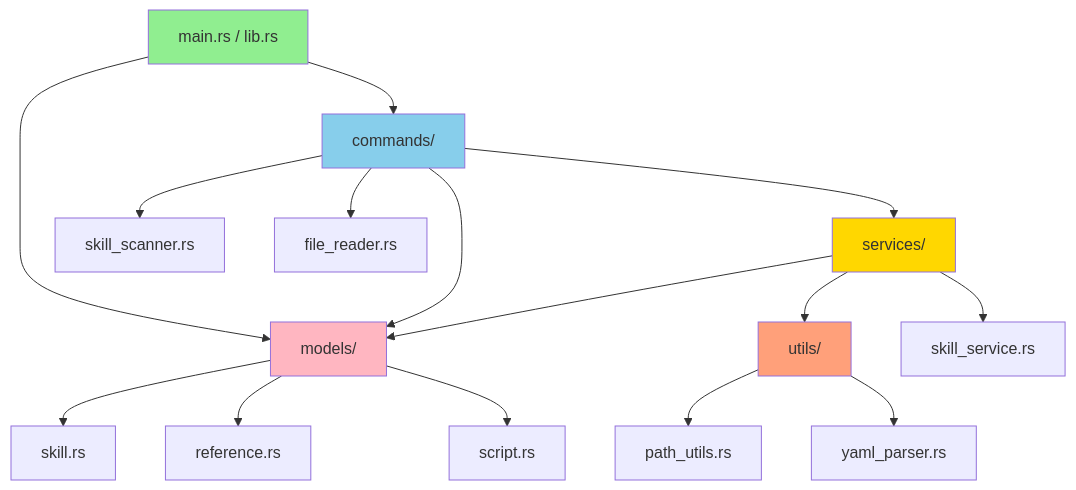
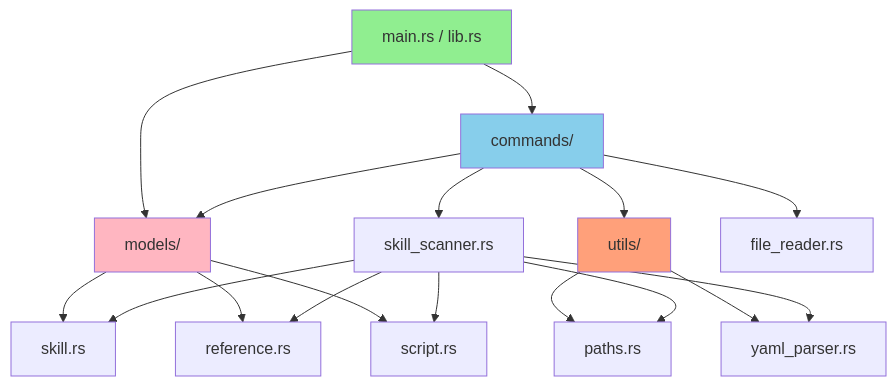
Before and after one commit to SpillwaveSolutions/skills_viewer: the third of 12 diagrams in docs/requirements/technical-architecture.md, drawn with Mermaid. The commit also changed other lines of this file and 25 other files, not shown here.

````diff
--- a/docs/requirements/technical-architecture.md
+++ b/docs/requirements/technical-architecture.md
@@ -176,45 +241,43 @@
 ```mermaid
 graph TD
     Main[main.rs / lib.rs]
     Commands[commands/]
     Models[models/]
-    Services[services/]
     Utils[utils/]
 
     Scanner[skill_scanner.rs]
     Reader[file_reader.rs]
 
     Skill[skill.rs]
     Reference[reference.rs]
     Script[script.rs]
 
-    SkillService[skill_service.rs]
-
-    Paths[path_utils.rs]
+    Paths[paths.rs]
     YAML[yaml_parser.rs]
 
     Main --> Commands
     Main --> Models
-    Commands --> Services
     Commands --> Models
-    Services --> Models
-    Services --> Utils
+    Commands --> Utils
 
     Commands --> Scanner
     Commands --> Reader
 
     Models --> Skill
     Models --> Reference
     Models --> Script
 
-    Services --> SkillService
-
     Utils --> Paths
     Utils --> YAML
+
+    Scanner --> Skill
+    Scanner --> Reference
+    Scanner --> Script
+    Scanner --> Paths
+    Scanner --> YAML
 
     style Main fill:#90EE90
     style Commands fill:#87CEEB
     style Models fill:#FFB6C1
-    style Services fill:#FFD700
     style Utils fill:#FFA07A
 ```
````
